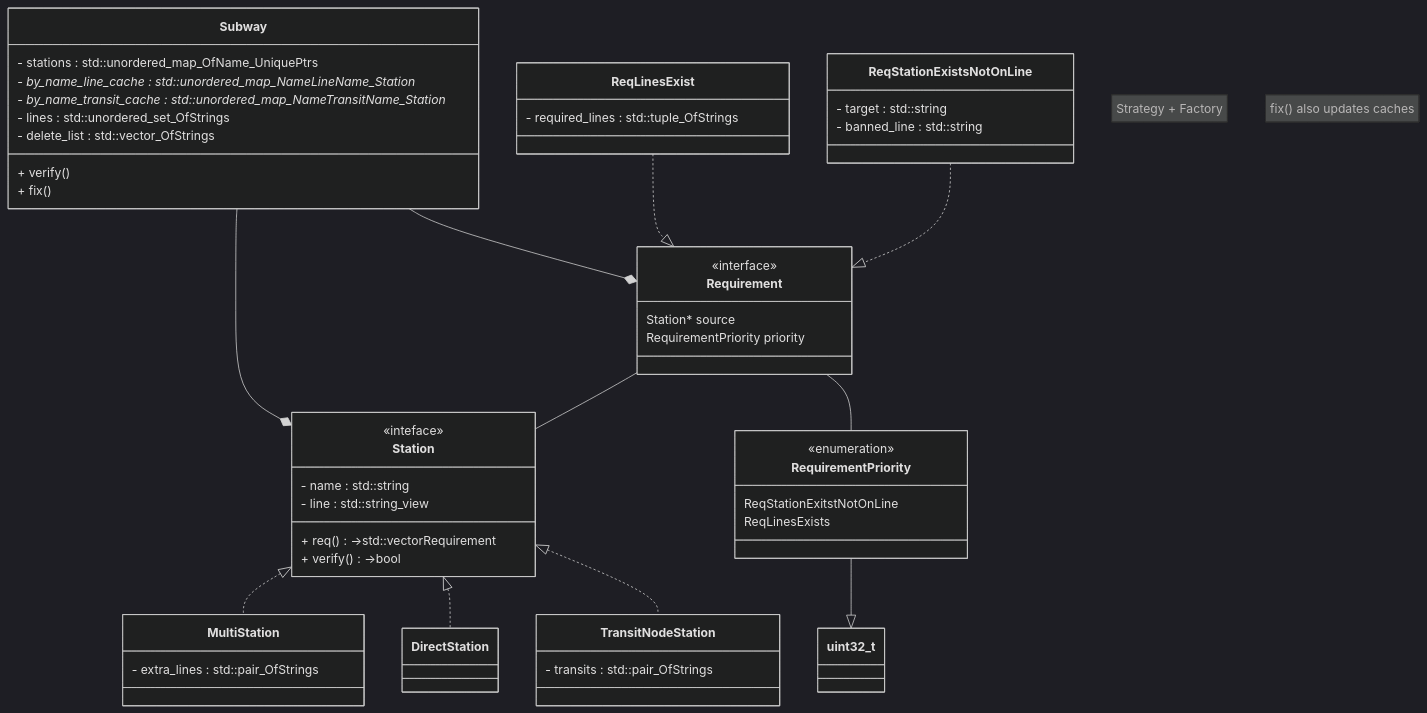
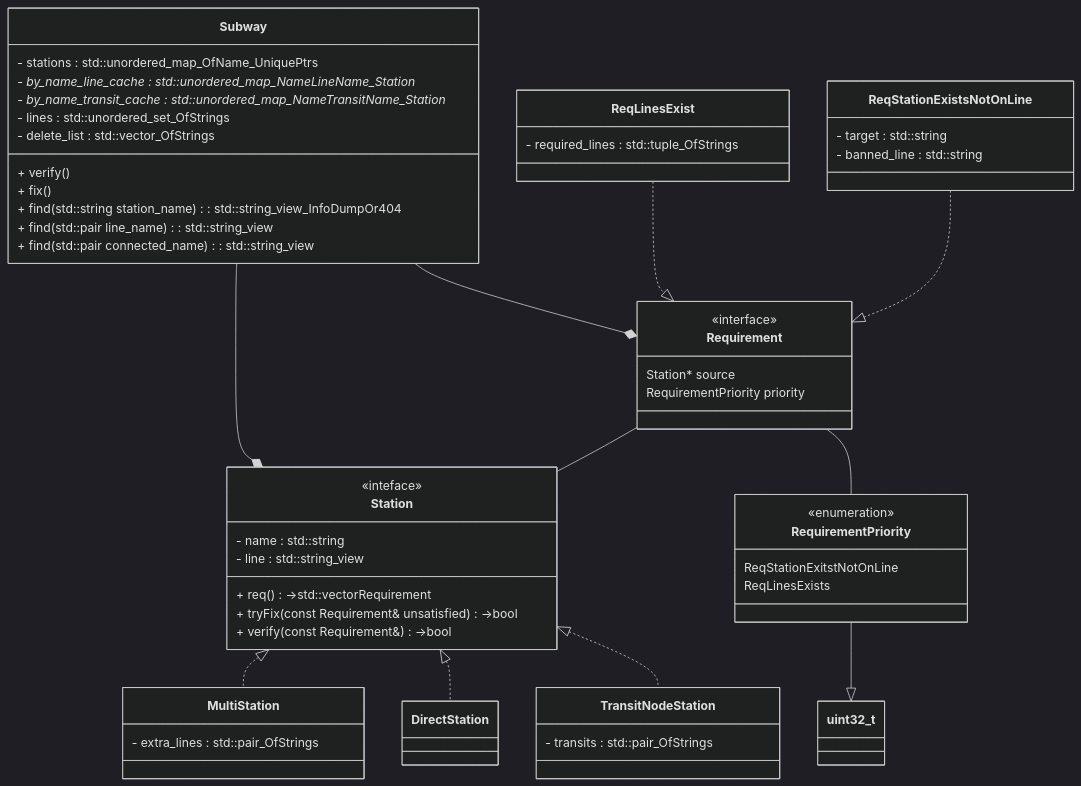
One commit to niknecht/dozen-labs changed the diagram in 3/README.md. Above: the diagram before and after it, drawn with Mermaid (dark theme). The commit also changed other lines of this file and 8 other files, not shown here.

Commit message:
feat(requirement, docs): Requirement interface, requirement classes and documentation for them are ready. Minor UML class diagram fixes.

````diff
--- a/3/README.md
+++ b/3/README.md
@@ -1,72 +30,75 @@
 ```mermaid
 classDiagram
-    note "Strategy + Factory"
 
     class Station {
       <<inteface>>
       - name : std::string
       - line : std::string_view
 
       + req()->std::vectorRequirement
-      + verify()->bool
+      + tryFix(const Requirement& unsatisfied)->bool
+      + verify(const Requirement&)->bool
     }
     class MultiStation {
       - extra_lines : std::pair_OfStrings
     }
     class TransitNodeStation {
       - transits : std::pair_OfStrings
     }
 
     class Requirement {
       <<interface>>
     }
     class ReqLinesExist {
       - required_lines : std::tuple_OfStrings
     }
     class ReqStationExistsNotOnLine {
       - target : std::string
       - banned_line : std::string
     }
 
     Station <|.. MultiStation
     Station <|.. DirectStation
     Station <|.. TransitNodeStation
 
     Requirement -- Station
 
     ReqStationExistsNotOnLine ..|> Requirement
     ReqLinesExist ..|> Requirement
 
     RequirementPriority --|>uint32_t
 
     class RequirementPriority {
       <<enumeration>>
       ReqStationExitstNotOnLine
       ReqLinesExists
     }
 
     class Requirement {
       Station* source
       RequirementPriority priority
     }
 
     Subway --* Station
     Subway --* Requirement
 
     Requirement -- RequirementPriority
     
     class Subway {
       - stations : std::unordered_map_OfName_UniquePtrs
       - by_name_line_cache : std::unordered_map_NameLineName_Station*
       - by_name_transit_cache : std::unordered_map_NameTransitName_Station*
 
       - lines : std::unordered_set_OfStrings
       
       - delete_list : std::vector_OfStrings
 
       + verify()
       + fix()
+
+      + find(std::string station_name) : std::string_view_InfoDumpOr404
+      + find(std::pair<std::string, std::string> line_name) : std::string_view
+      + find(std::pair<std::string_view, std::string_view> connected_name) : std::string_view
     }
-  note "fix() also updates caches"
     
 ```
````
